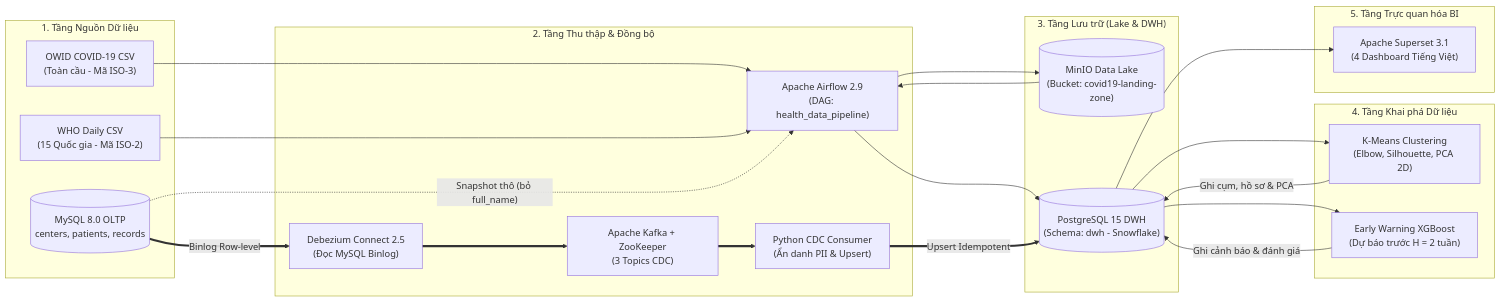
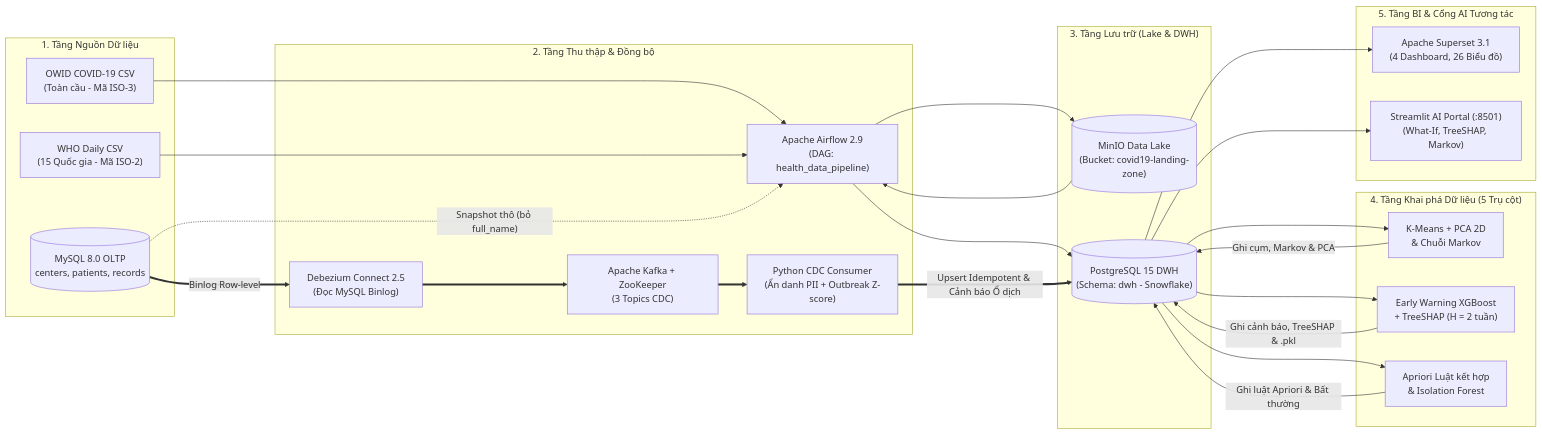
Before and after one commit to ninhduo263/global-health-data-platform: the first of 2 diagrams in GIOI_THIEU_HE_THONG.md, drawn with Mermaid. The commit also changed other lines of this file and 6 other files, not shown here.

Commit message:
docs(report): sync Isolation Forest, Kafka Realtime, TreeSHAP & AI Portal to reports, slides and demo guide

````diff
--- a/GIOI_THIEU_HE_THONG.md
+++ b/GIOI_THIEU_HE_THONG.md
@@ -28,48 +29,53 @@
 ```mermaid
 flowchart LR
     subgraph Sources["1. Tầng Nguồn Dữ liệu"]
         OWID["OWID COVID-19 CSV<br/>(Toàn cầu - Mã ISO-3)"]
         WHO["WHO Daily CSV<br/>(15 Quốc gia - Mã ISO-2)"]
         OLTP[("MySQL 8.0 OLTP<br/>centers, patients, records")]
     end
 
     subgraph Ingestion["2. Tầng Thu thập & Đồng bộ"]
         AF["Apache Airflow 2.9<br/>(DAG: health_data_pipeline)"]
         DBZ["Debezium Connect 2.5<br/>(Đọc MySQL Binlog)"]
         KFK["Apache Kafka + ZooKeeper<br/>(3 Topics CDC)"]
-        CDC["Python CDC Consumer<br/>(Ẩn danh PII & Upsert)"]
+        CDC["Python CDC Consumer<br/>(Ẩn danh PII + Outbreak Z-score)"]
     end
 
     subgraph Storage["3. Tầng Lưu trữ (Lake & DWH)"]
         MINIO[("MinIO Data Lake<br/>(Bucket: covid19-landing-zone)")]
         DWH[("PostgreSQL 15 DWH<br/>(Schema: dwh - Snowflake)")]
     end
 
-    subgraph Mining["4. Tầng Khai phá Dữ liệu"]
-        KM["K-Means Clustering<br/>(Elbow, Silhouette, PCA 2D)"]
-        XGB["Early Warning XGBoost<br/>(Dự báo trước H = 2 tuần)"]
+    subgraph Mining["4. Tầng Khai phá Dữ liệu (5 Trụ cột)"]
+        KM["K-Means + PCA 2D<br/>& Chuỗi Markov"]
+        XGB["Early Warning XGBoost<br/>+ TreeSHAP (H = 2 tuần)"]
+        APR["Apriori Luật kết hợp<br/>& Isolation Forest"]
     end
 
-    subgraph BI["5. Tầng Trực quan hóa BI"]
-        SUP["Apache Superset 3.1<br/>(4 Dashboard Tiếng Việt)"]
+    subgraph BI["5. Tầng BI & Cổng AI Tương tác"]
+        SUP["Apache Superset 3.1<br/>(4 Dashboard, 26 Biểu đồ)"]
+        PORTAL["Streamlit AI Portal (:8501)<br/>(What-If, TreeSHAP, Markov)"]
     end
 
     OWID --> AF
     WHO --> AF
     OLTP -. "Snapshot thô (bỏ full_name)" .-> AF
     AF --> MINIO
     MINIO --> AF
     AF --> DWH
 
     OLTP == "Binlog Row-level" ==> DBZ
     DBZ ==> KFK
     KFK ==> CDC
-    CDC == "Upsert Idempotent" ==> DWH
+    CDC == "Upsert Idempotent & Cảnh báo Ổ dịch" ==> DWH
 
     DWH --> KM
-    KM -- "Ghi cụm, hồ sơ & PCA" --> DWH
+    KM -- "Ghi cụm, Markov & PCA" --> DWH
     DWH --> XGB
-    XGB -- "Ghi cảnh báo & đánh giá" --> DWH
+    XGB -- "Ghi cảnh báo, TreeSHAP & .pkl" --> DWH
+    DWH --> APR
+    APR -- "Ghi luật Apriori & Bất thường" --> DWH
 
     DWH --> SUP
+    DWH --> PORTAL
 ```
````
